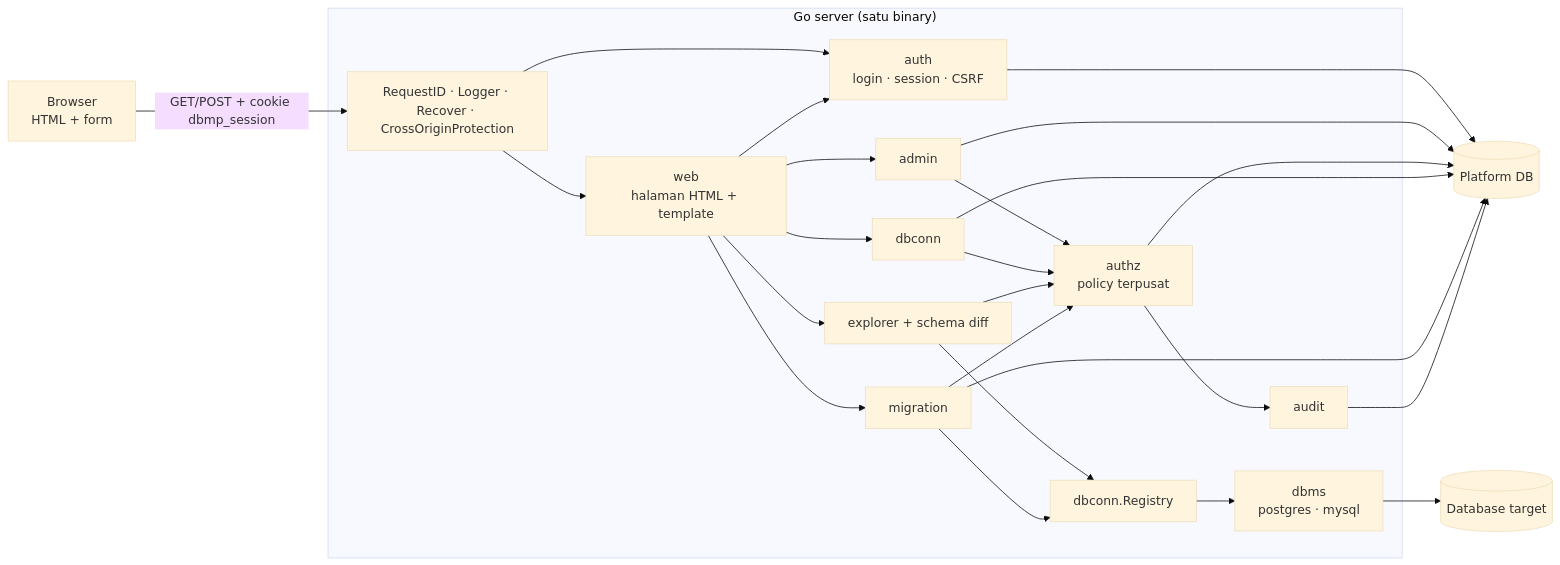
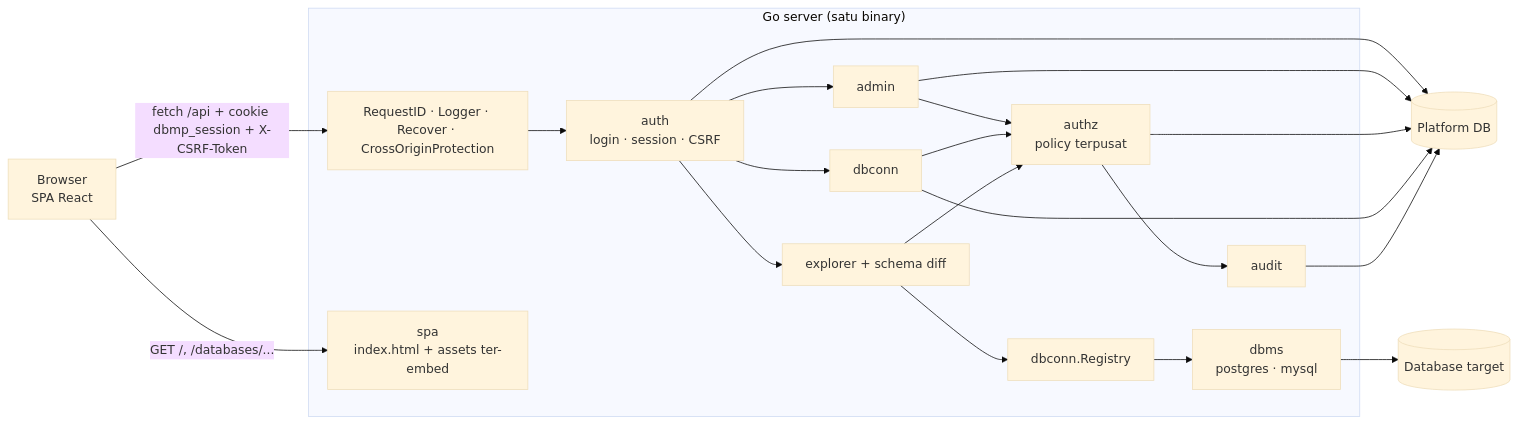
One commit to bangedaw/IF3110_K03_12 changed the diagram in docs/architecture.md. Above: the diagram before and after it, drawn with Mermaid (base theme). The commit also changed other lines of this file, not shown here.

Commit message:
docs: describe SPA architecture

````diff
--- a/docs/architecture.md
+++ b/docs/architecture.md
@@ -9,19 +8,18 @@
 ```mermaid
 flowchart LR
-    Browser[Browser<br/>HTML + form] -->|GET/POST + cookie dbmp_session| MW
+    Browser[Browser<br/>SPA React] -->|fetch /api + cookie dbmp_session + X-CSRF-Token| MW
+    Browser -->|GET /, /databases/...| SPA
     subgraph Server["Go server (satu binary)"]
         MW[RequestID · Logger · Recover · CrossOriginProtection]
-        MW --> WEB[web<br/>halaman HTML + template]
+        SPA[spa<br/>index.html + assets ter-embed]
         MW --> AUTH[auth<br/>login · session · CSRF]
-        WEB --> AUTH
-        WEB --> ADMIN[admin]
-        WEB --> DBCONN[dbconn]
-        WEB --> EXPL[explorer + schema diff]
-        WEB --> MIG[migration]
-        ADMIN & DBCONN & EXPL & MIG --> AUTHZ[authz<br/>policy terpusat]
+        AUTH --> ADMIN[admin]
+        AUTH --> DBCONN[dbconn]
+        AUTH --> EXPL[explorer + schema diff]
+        ADMIN & DBCONN & EXPL --> AUTHZ[authz<br/>policy terpusat]
         AUTHZ --> AUDIT[audit]
-        EXPL & MIG --> REG[dbconn.Registry] --> DBMS[dbms<br/>postgres · mysql]
+        EXPL --> REG[dbconn.Registry] --> DBMS[dbms<br/>postgres · mysql]
     end
-    AUTH & ADMIN & AUTHZ & DBCONN & MIG & AUDIT --> PDB[(Platform DB)]
+    AUTH & ADMIN & AUTHZ & DBCONN & AUDIT --> PDB[(Platform DB)]
     DBMS --> T[(Database target)]
 ```
````
